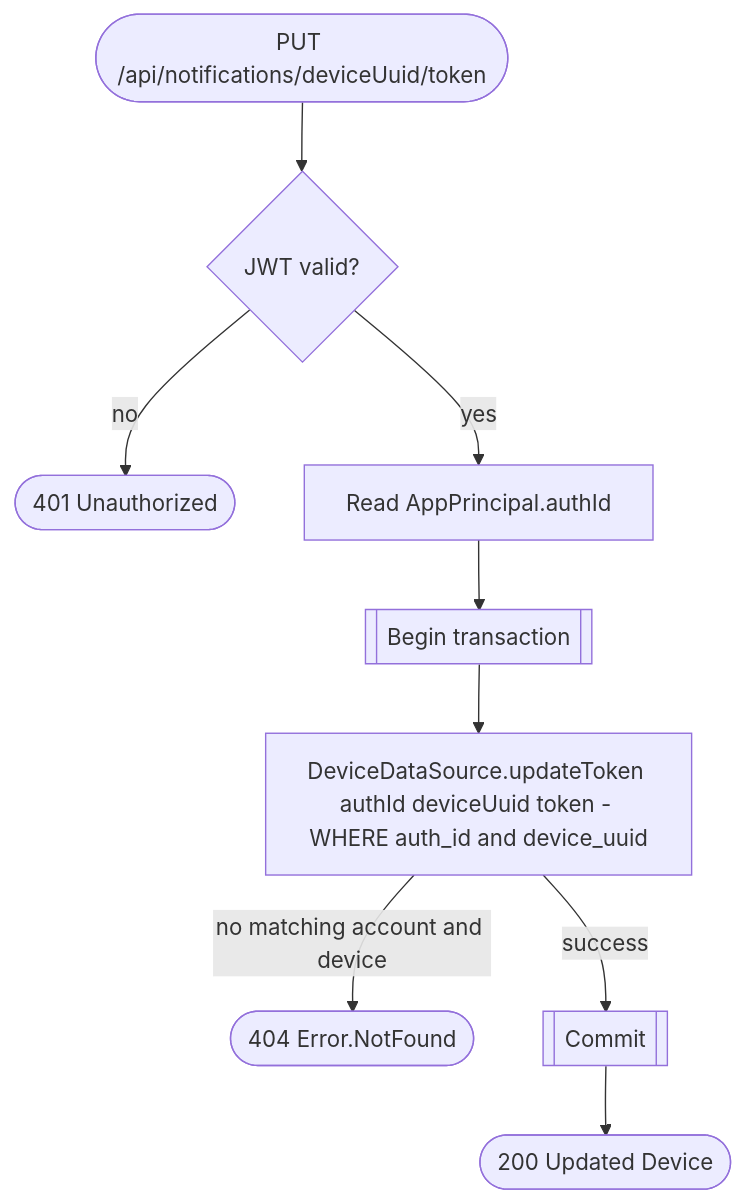
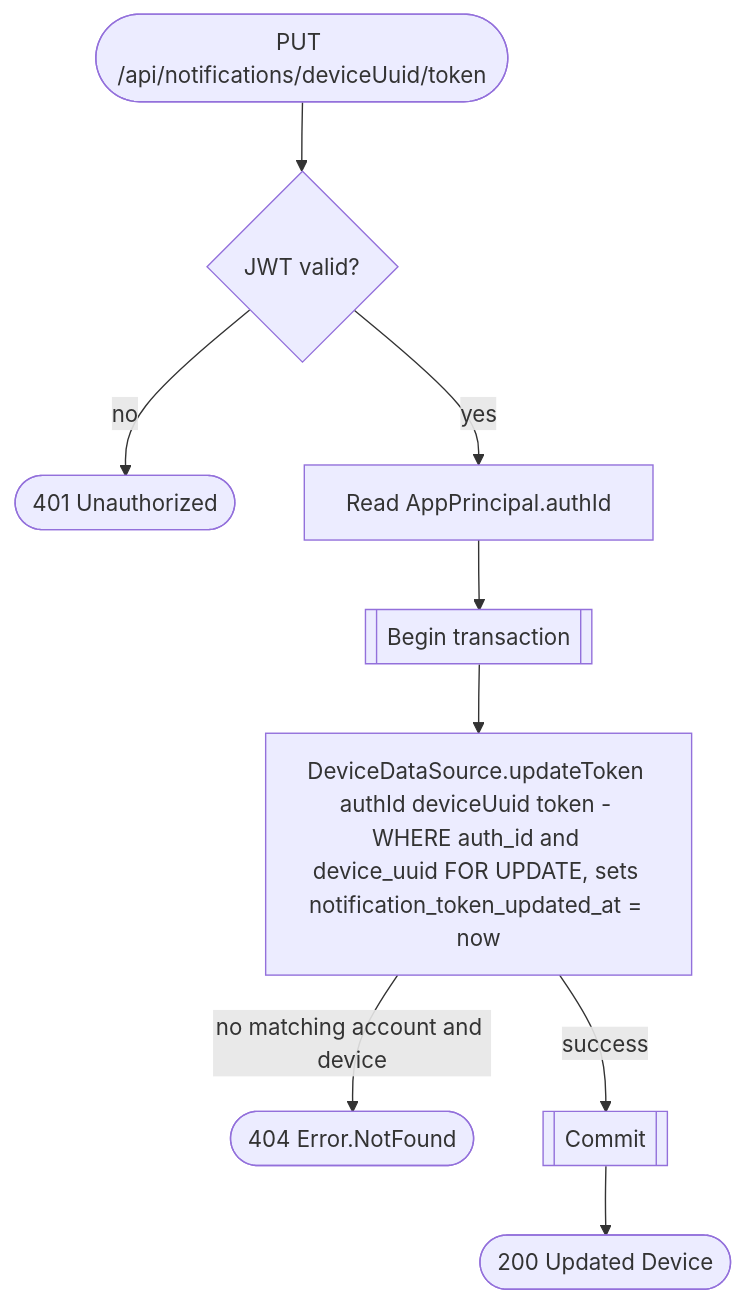
The diagram in docs/operations/notifications/update-push-token.md (nocturneproperties/bookkme), drawn with Mermaid before and after one commit. The commit also changed 30 other files, not shown here.

````diff
--- a/docs/operations/notifications/update-push-token.md
+++ b/docs/operations/notifications/update-push-token.md
@@ -7,11 +7,11 @@
 ```mermaid
 flowchart TD
     Start([PUT /api/notifications/deviceUuid/token]) --> Auth{JWT valid?}
     Auth -- no --> R401([401 Unauthorized])
     Auth -- yes --> Caller[Read AppPrincipal.authId]
     Caller --> Tx[[Begin transaction]]
-    Tx --> Update["DeviceDataSource.updateToken authId deviceUuid token - WHERE auth_id and device_uuid"]
+    Tx --> Update["DeviceDataSource.updateToken authId deviceUuid token - WHERE auth_id and device_uuid FOR UPDATE, sets notification_token_updated_at = now"]
     Update -- no matching account and device --> R404([404 Error.NotFound])
     Update -- success --> Commit[[Commit]]
     Commit --> R200([200 Updated Device])
 ```
````
